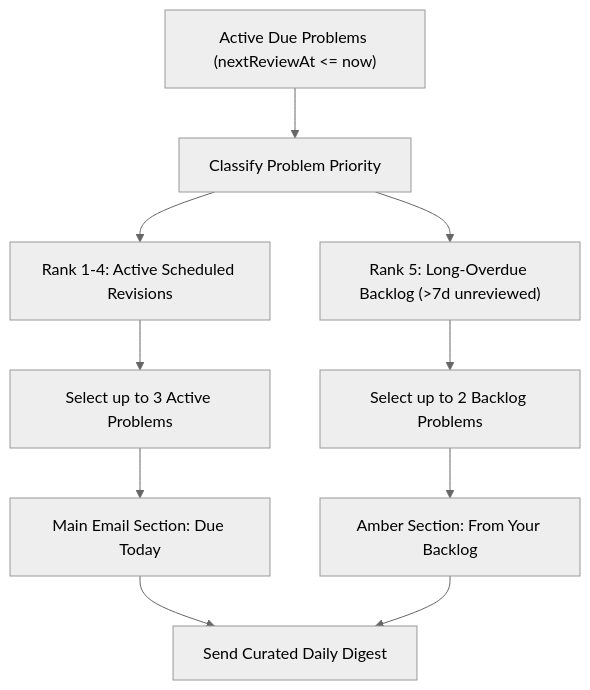
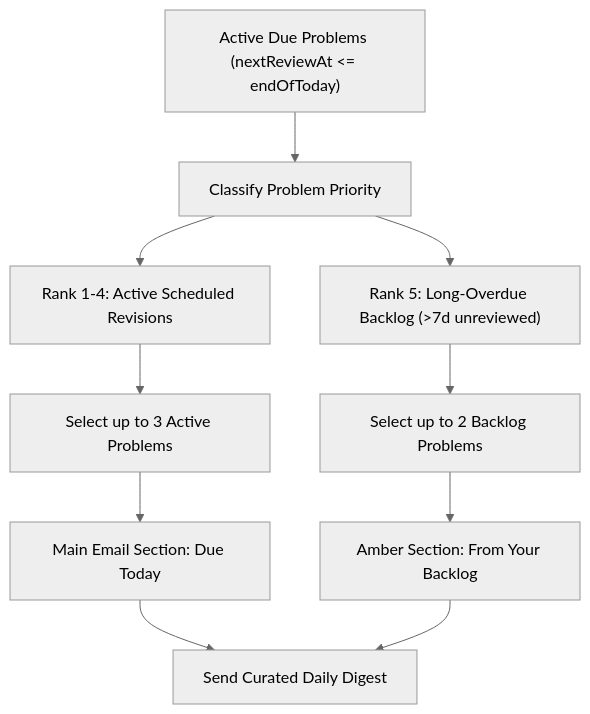
The diagram in README.md (VinitKumarGupta/LeetRevise), drawn with Mermaid (neutral theme) before and after one commit. The commit also changed other lines of this file, not shown here.

````diff
--- a/README.md
+++ b/README.md
@@ -90,14 +89,14 @@
 ```mermaid
 flowchart TD
-    A["Active Due Problems (nextReviewAt <= now)"] --> B["Classify Problem Priority"]
+    A["Active Due Problems (nextReviewAt <= endOfToday)"] --> B["Classify Problem Priority"]
     B --> C["Rank 1-4: Active Scheduled Revisions"]
     B --> D["Rank 5: Long-Overdue Backlog (>7d unreviewed)"]
     
     C --> E["Select up to 3 Active Problems"]
     D --> F["Select up to 2 Backlog Problems"]
     
     E --> G["Main Email Section: Due Today"]
     F --> H["Amber Section: From Your Backlog"]
     
     G & H --> I["Send Curated Daily Digest"]
 ```
````
